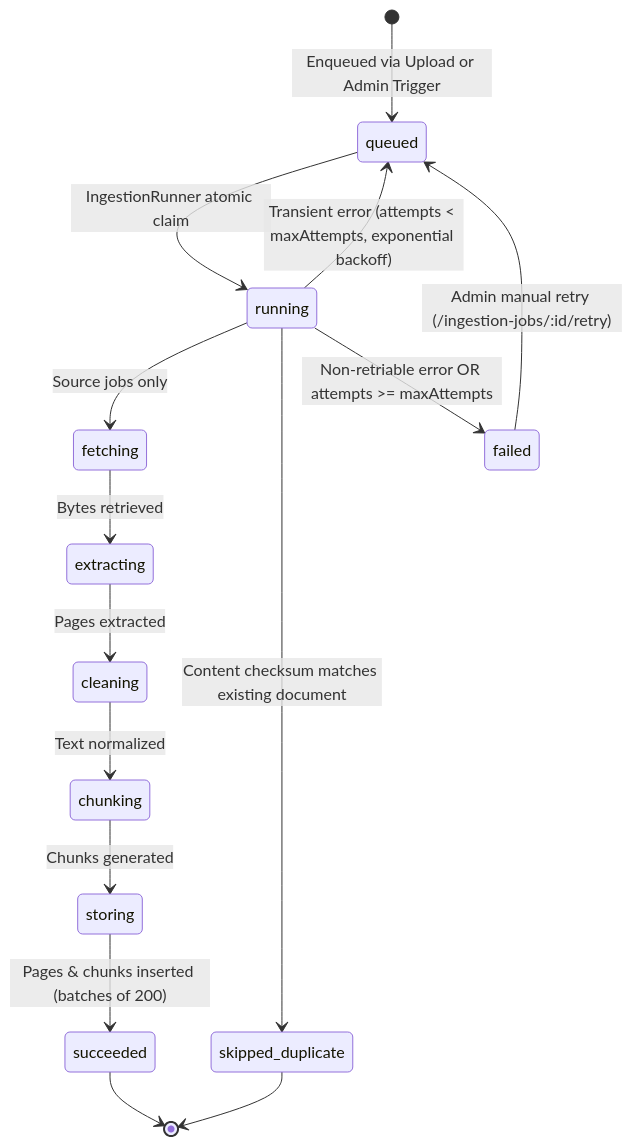
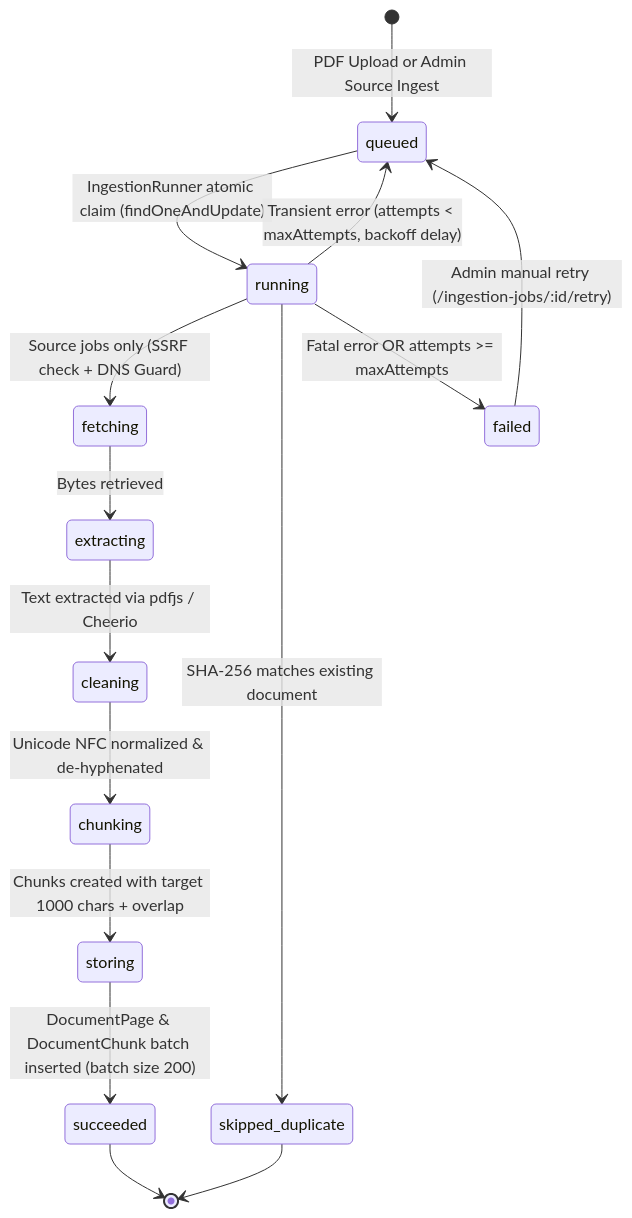
One commit to subhashkondisetty/jansathi-ai changed the third of 3 diagrams in docs/architecture.md. Above: the diagram before and after it, drawn with Mermaid. The commit also changed other lines of this file and 92 other files, not shown here.

Commit message:
feat: complete JanSathi AI foundation (Phases 8-13, security hardening, deployment configs, and AI-01 architecture)

````diff
--- a/docs/architecture.md
+++ b/docs/architecture.md
@@ -46,19 +237,18 @@
 ```mermaid
 stateDiagram-v2
-    [*] --> queued: Enqueued via Upload or Admin Trigger
-    queued --> running: IngestionRunner atomic claim
-    running --> fetching: Source jobs only
+    [*] --> queued: PDF Upload or Admin Source Ingest
+    queued --> running: IngestionRunner atomic claim (findOneAndUpdate)
+    running --> fetching: Source jobs only (SSRF check + DNS Guard)
     fetching --> extracting: Bytes retrieved
-    extracting --> cleaning: Pages extracted
-    cleaning --> chunking: Text normalized
-    chunking --> storing: Chunks generated
-    storing --> succeeded: Pages & chunks inserted (batches of 200)
+    extracting --> cleaning: Text extracted via pdfjs / Cheerio
+    cleaning --> chunking: Unicode NFC normalized & de-hyphenated
+    chunking --> storing: Chunks created with target 1000 chars + overlap
+    storing --> succeeded: DocumentPage & DocumentChunk batch inserted (batch size 200)
 
-    running --> skipped_duplicate: Content checksum matches existing document
-    running --> queued: Transient error (attempts < maxAttempts, exponential backoff)
-    running --> failed: Non-retriable error OR attempts >= maxAttempts
-
+    running --> skipped_duplicate: SHA-256 matches existing document
+    running --> queued: Transient error (attempts < maxAttempts, backoff delay)
+    running --> failed: Fatal error OR attempts >= maxAttempts
     failed --> queued: Admin manual retry (/ingestion-jobs/:id/retry)
     succeeded --> [*]
     skipped_duplicate --> [*]
 ```
````
